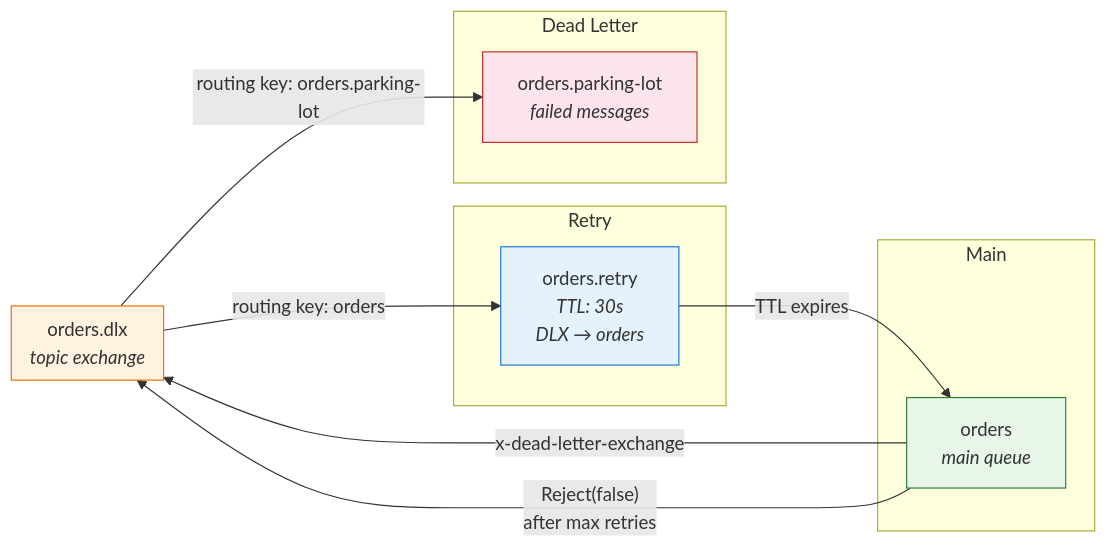
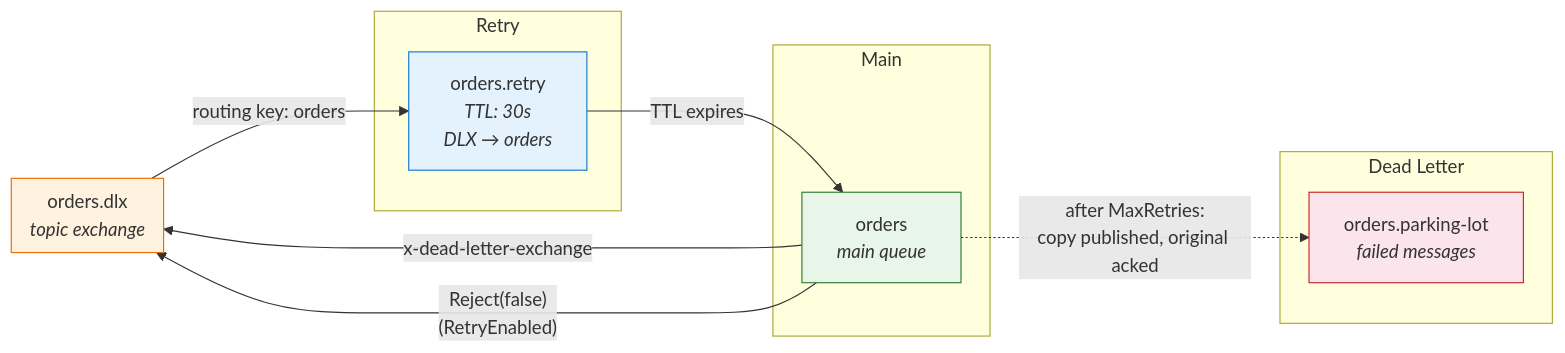
One commit to Chandra179/fiddle changed the third of 5 diagrams in rabbitmq/README.md. Above: the diagram before and after it, drawn with Mermaid. The commit also changed other lines of this file and 4 other files, not shown here.

````diff
--- a/rabbitmq/README.md
+++ b/rabbitmq/README.md
@@ -127,28 +126,28 @@
 ```mermaid
 graph LR
     subgraph Main
         MainQ["orders<br/><i>main queue</i>"]
     end
 
     subgraph DLX["orders.dlx<br/><i>topic exchange</i>"]
     end
 
     subgraph Retry["Retry"]
         RetryQ["orders.retry<br/><i>TTL: 30s<br/>DLX → orders</i>"]
     end
 
     subgraph DLQ["Dead Letter"]
         ParkingQ["orders.parking-lot<br/><i>failed messages</i>"]
     end
 
     MainQ -- "x-dead-letter-exchange" --> DLX
-    MainQ -- "Reject(false)<br/>after max retries" --> DLX
+    MainQ -- "Reject(false)<br/>(RetryEnabled)" --> DLX
     RetryQ -- "TTL expires" --> MainQ
     DLX -- "routing key: orders" --> RetryQ
-    DLX -- "routing key: orders.parking-lot" --> ParkingQ
+    MainQ -. "after MaxRetries:<br/>copy published, original acked" .-> ParkingQ
 
     style MainQ fill:#e8f5e9,stroke:#2e7d32
     style DLX fill:#fff3e0,stroke:#ef6c00
     style RetryQ fill:#e3f2fd,stroke:#1976d2
     style ParkingQ fill:#fce4ec,stroke:#c62828
 ```
````
